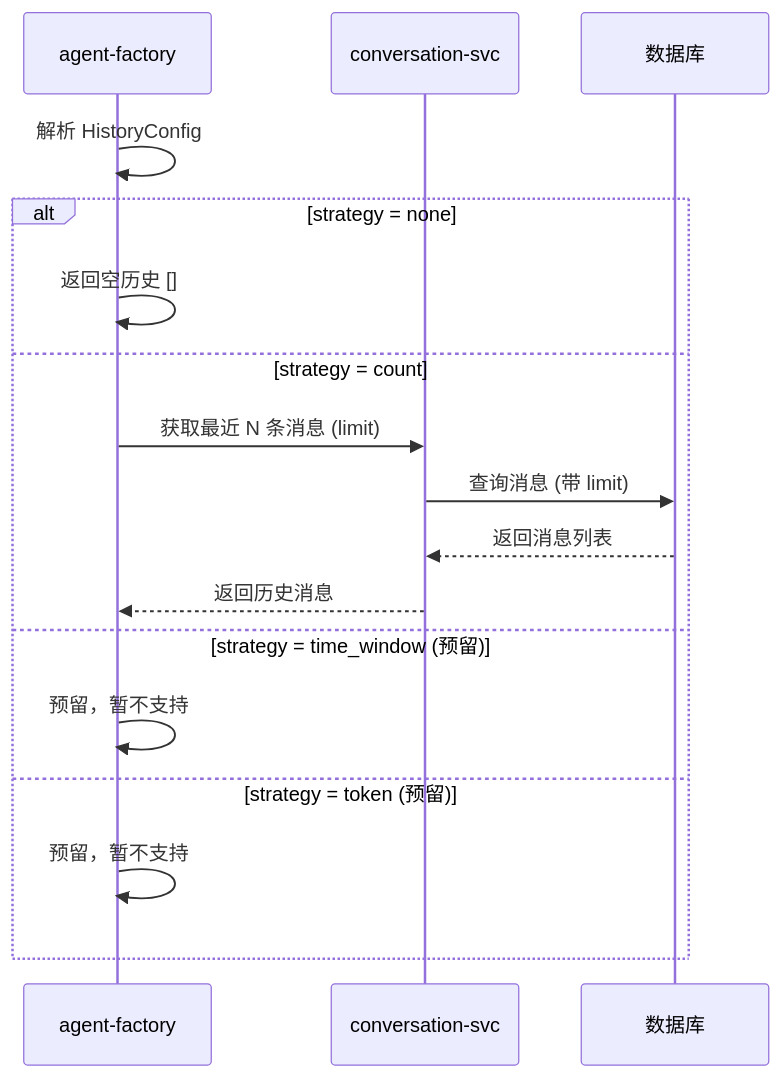
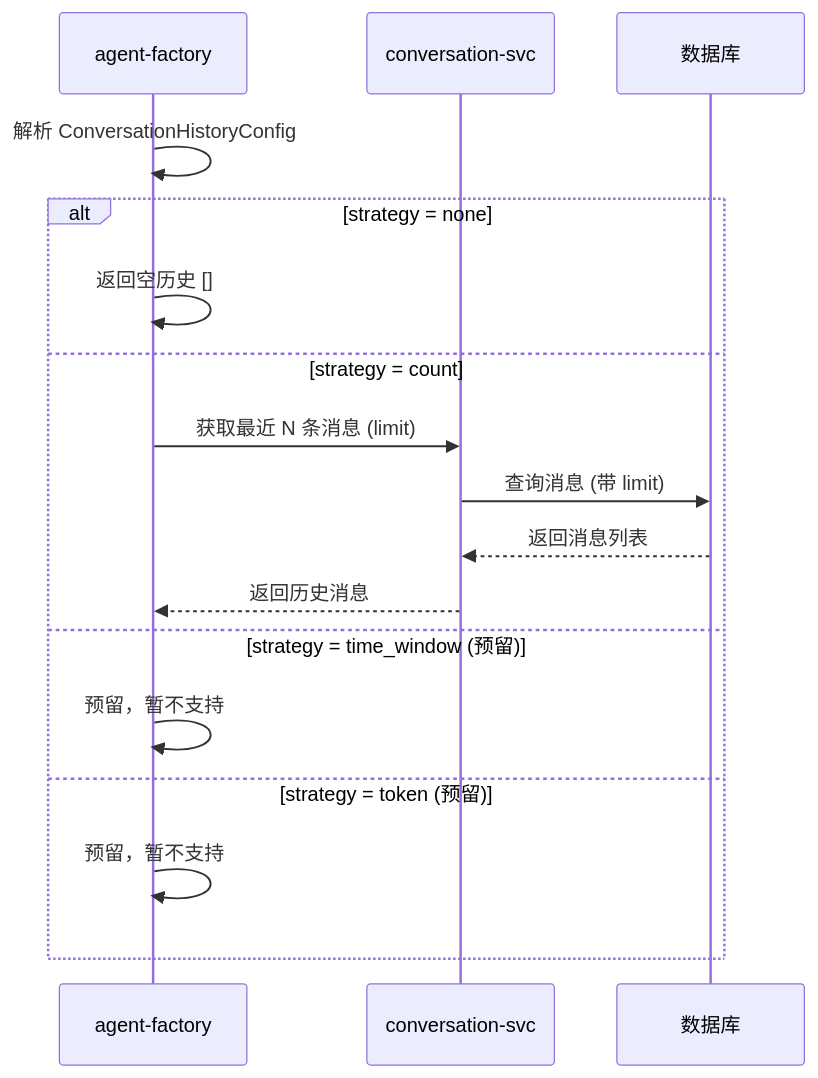
One commit to kweaver-ai/decision-agent changed the third of 3 diagrams in agent-backend/agent-factory/docs/feature/02-history-config/HistoryConfig历史对话策略配置设计文档.md. Above: the diagram before and after it, drawn with Mermaid. The commit also changed other lines of this file and 18 other files, not shown here.

````diff
--- a/agent-backend/agent-factory/docs/feature/02-history-config/HistoryConfig历史对话策略配置设计文档.md
+++ b/agent-backend/agent-factory/docs/feature/02-history-config/HistoryConfig历史对话策略配置设计文档.md
@@ -148,20 +152,20 @@
 ```mermaid
 sequenceDiagram
     participant AgentSvc as agent-factory
     participant ConvSvc as conversation-svc
     participant DB as 数据库
 
-    AgentSvc->>AgentSvc: 解析 HistoryConfig
+    AgentSvc->>AgentSvc: 解析 ConversationHistoryConfig
     alt strategy = none
         AgentSvc->>AgentSvc: 返回空历史 []
     else strategy = count
         AgentSvc->>ConvSvc: 获取最近 N 条消息 (limit)
         ConvSvc->>DB: 查询消息 (带 limit)
         DB-->>ConvSvc: 返回消息列表
         ConvSvc-->>AgentSvc: 返回历史消息
     else strategy = time_window (预留)
         AgentSvc->>AgentSvc: 预留，暂不支持
     else strategy = token (预留)
         AgentSvc->>AgentSvc: 预留，暂不支持
     end
 ```
````
